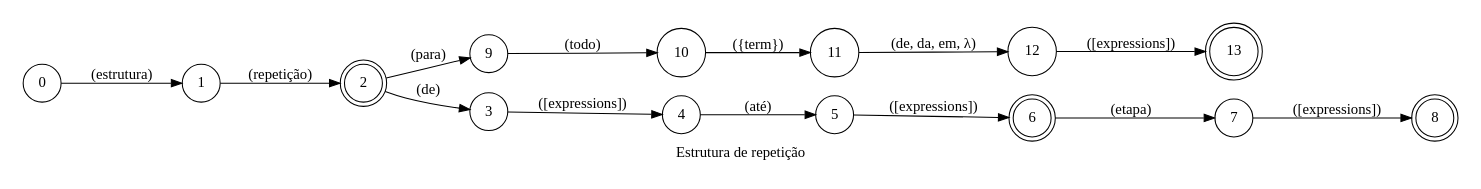
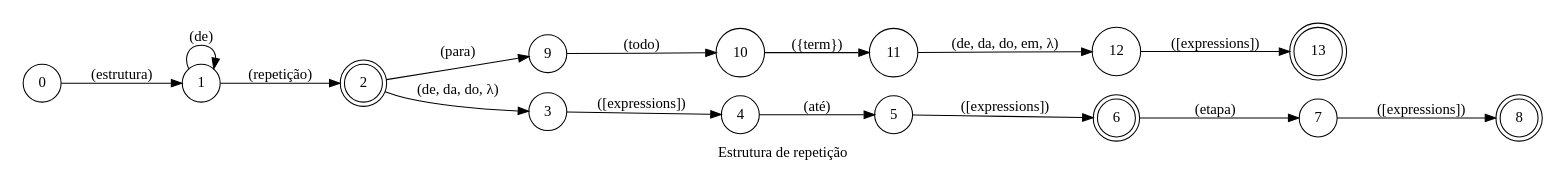
Before and after one commit to pedrooaugusto/speech-to-code: the diagram in spoken/src/modules/typescript/repetition/phrase_pt-BR.dot, drawn with Graphviz. The commit also changed 4 other files, not shown here.

```diff
--- a/spoken/src/modules/typescript/repetition/phrase_pt-BR.dot
+++ b/spoken/src/modules/typescript/repetition/phrase_pt-BR.dot
@@ -1,27 +1,28 @@
 digraph Condition {
     id="repetition";
     label="Estrutura de repetição";
     lang="pt-BR";
     langName="Português";
     pad="0.2";
     rankdir=LR;
     node[shape=doublecircle]; 2 6 8 13;
     node[shape=circle];
 
     0 -> 1 [label="(estrutura)"];
+    1 -> 1 [label="(de)"];
     1 -> 2 [label="(repetição)"];
     2 -> 9 [label="(para)"];
     9 -> 10 [label="(todo)"];
     10 -> 11 [label="({term})", store=item];
-    11 -> 12 [label="(de, da, em, λ)"];
+    11 -> 12 [label="(de, da, do, em, λ)"];
     12 -> 13 [label="([expressions])", store=collection];
-    2 -> 3 [label="(de)"];
+    2 -> 3 [label="(de, da, do, λ)"];
     3 -> 4 [label="([expressions])", store=from];
     4 -> 5 [label="(até)"];
     5 -> 6 [label="([expressions])", store=to];
     6 -> 7 [label="(etapa)"];
     7 -> 8 [label="([expressions])", store=step];
 
     title="Estrutura de repetição";
     desc="Cria uma estrutura de repetição for";
 }
```
